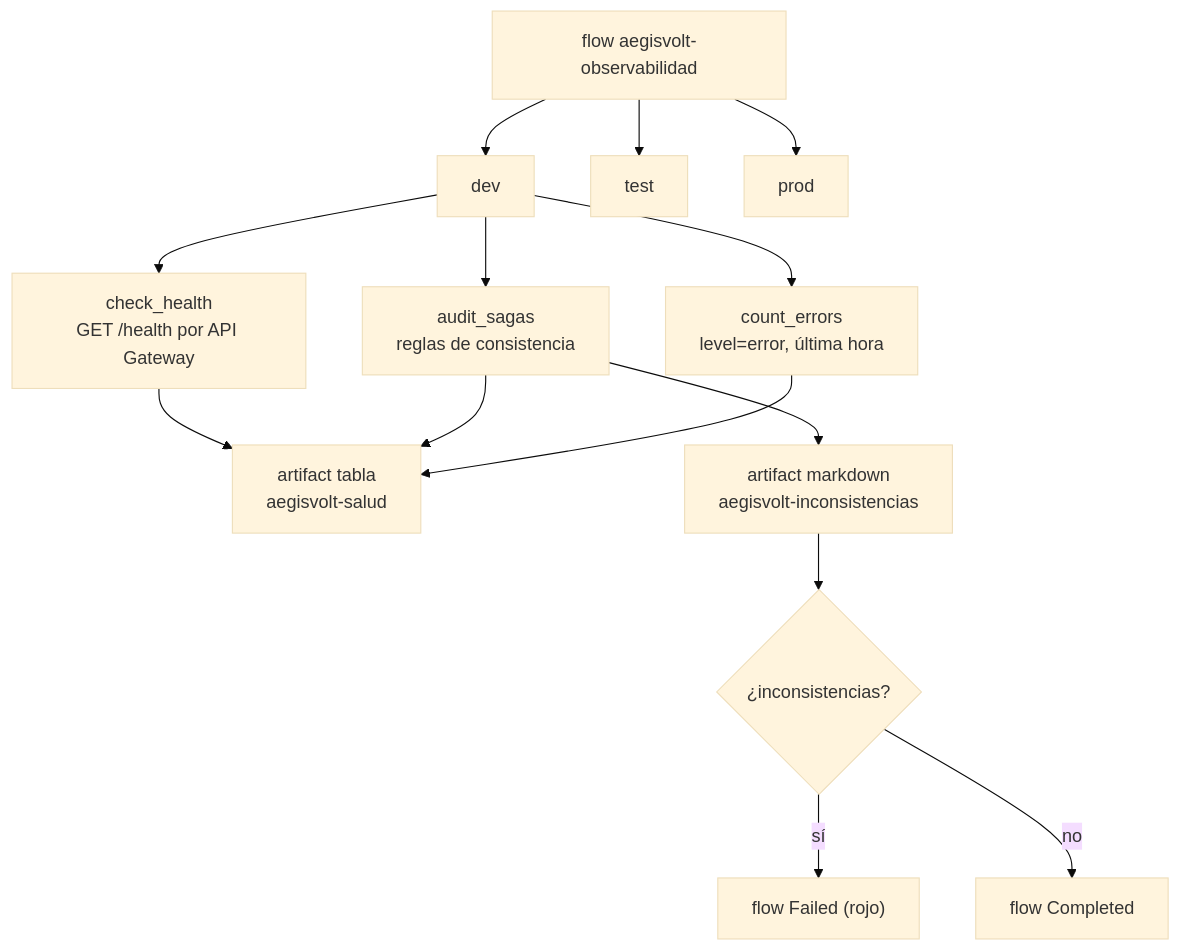
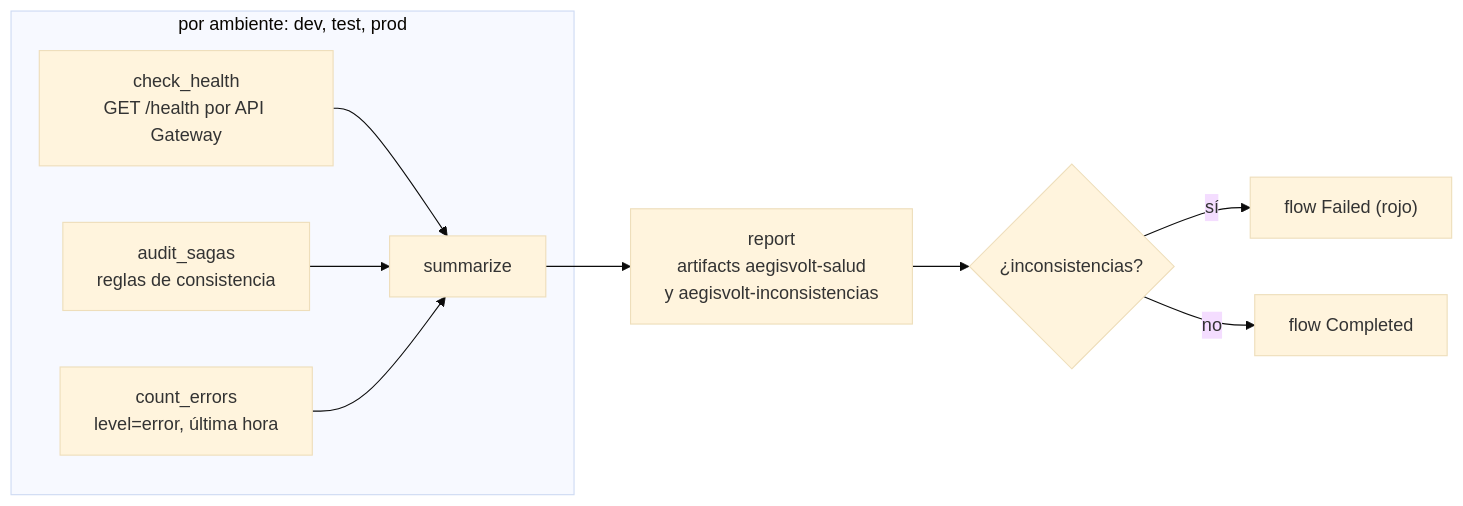
One commit to Firewallrbn/aegisvolt changed the second of 2 diagrams in docs/observabilidad.md. Above: the diagram before and after it, drawn with Mermaid (base theme). The commit also changed other lines of this file and 1 other file, not shown here.

Commit message:
Prefect: dependencias visibles en el grafo del flujo
Las mediciones de cada ambiente convergen en una tarea resumen y los tres resúmenes en reporte,
que publica los artifacts y falla si hay inconsistencias. Las tareas llevan el ambiente en su nombre.

````diff
--- a/docs/observabilidad.md
+++ b/docs/observabilidad.md
@@ -48,12 +48,10 @@
 ```mermaid
-flowchart TB
-  F["flow aegisvolt-observabilidad"] --> E1["dev"] & E2["test"] & E3["prod"]
-  E1 --> H["check_health<br/>GET /health por API Gateway"]
-  E1 --> A["audit_sagas<br/>reglas de consistencia"]
-  E1 --> C["count_errors<br/>level=error, última hora"]
-  H & A & C --> T["artifact tabla<br/>aegisvolt-salud"]
-  A --> M["artifact markdown<br/>aegisvolt-inconsistencias"]
-  M --> X{"¿inconsistencias?"}
+flowchart LR
+  subgraph env["por ambiente: dev, test, prod"]
+    H["check_health<br/>GET /health por API Gateway"] & A["audit_sagas<br/>reglas de consistencia"] & C["count_errors<br/>level=error, última hora"] --> S["summarize"]
+  end
+  S --> R["report<br/>artifacts aegisvolt-salud<br/>y aegisvolt-inconsistencias"]
+  R --> X{"¿inconsistencias?"}
   X -- sí --> FAIL["flow Failed (rojo)"]
   X -- no --> OK["flow Completed"]
 ```
````
